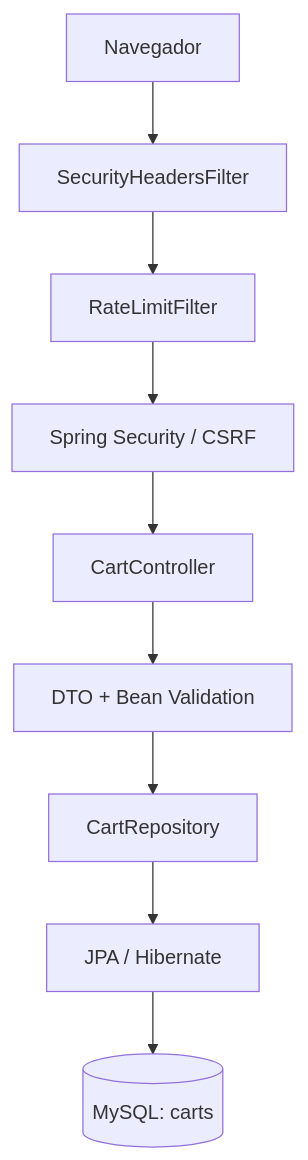
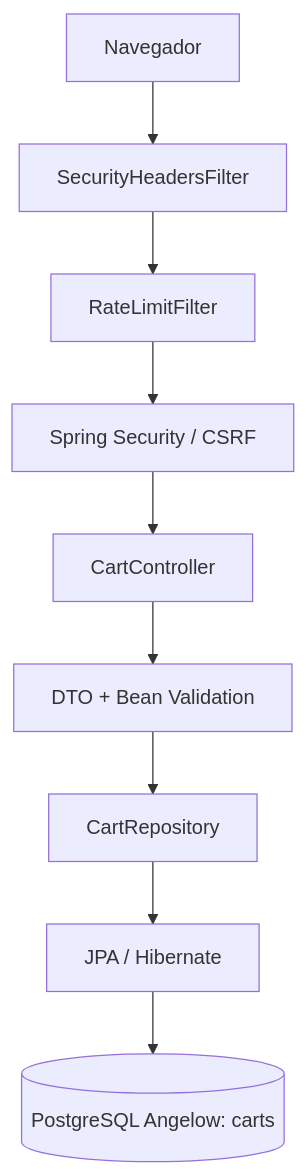
Before and after one commit to Braian551/CartSpringBoot: the diagram in docs/03-arquitectura.md, drawn with Mermaid. The commit also changed other lines of this file and 28 other files, not shown here.

```diff
--- a/docs/03-arquitectura.md
+++ b/docs/03-arquitectura.md
@@ -7,11 +7,11 @@
 ~~~mermaid
 flowchart TD
     A[Navegador] --> B[SecurityHeadersFilter]
     B --> C[RateLimitFilter]
     C --> D[Spring Security / CSRF]
     D --> E[CartController]
     E --> F[DTO + Bean Validation]
     F --> G[CartRepository]
     G --> H[JPA / Hibernate]
-    H --> I[(MySQL: carts)]
+    H --> I[(PostgreSQL Angelow: carts)]
 ~~~
```
